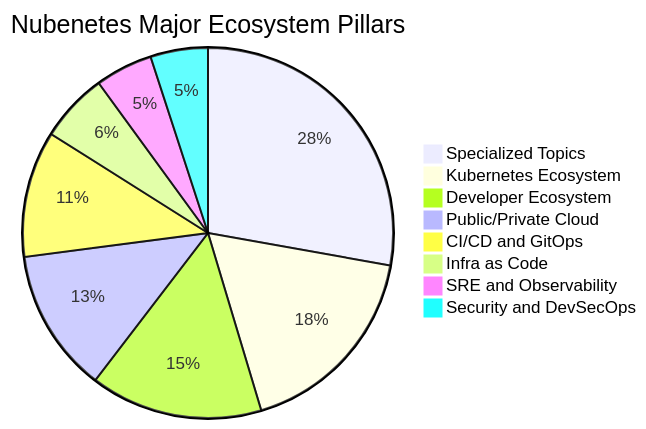
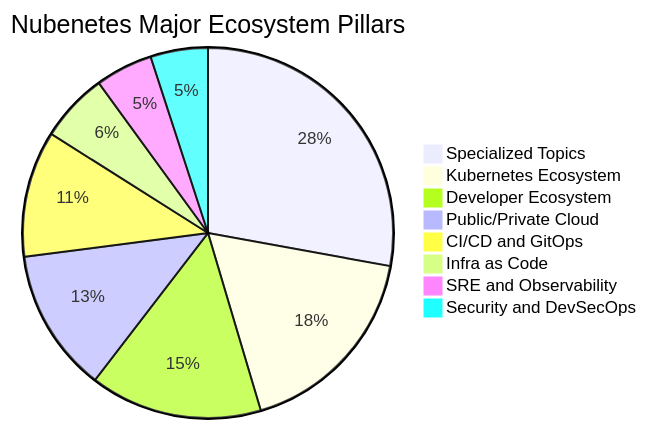
The second of 14 diagrams in README.md (nubenetes/awesome-kubernetes), drawn with Mermaid before and after one commit. The commit also changed other lines of this file and 6 other files, not shown here.

````diff
--- a/README.md
+++ b/README.md
@@ -308,11 +308,11 @@
 ```mermaid
 pie title Nubenetes Major Ecosystem Pillars
-    "Specialized Topics" : 5548
+    "Specialized Topics" : 5563
     "Kubernetes Ecosystem" : 3500
     "Developer Ecosystem" : 3000
     "Public/Private Cloud" : 2500
     "CI/CD and GitOps" : 2200
     "Infra as Code" : 1200
     "SRE and Observability" : 1000
     "Security and DevSecOps" : 1000
 ```
````
